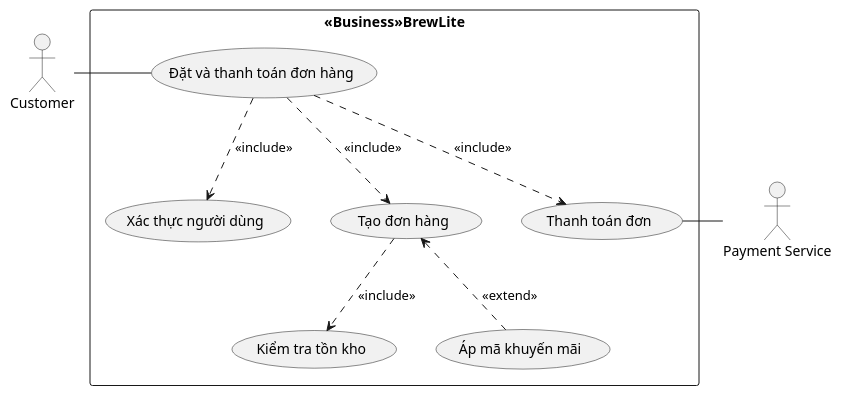
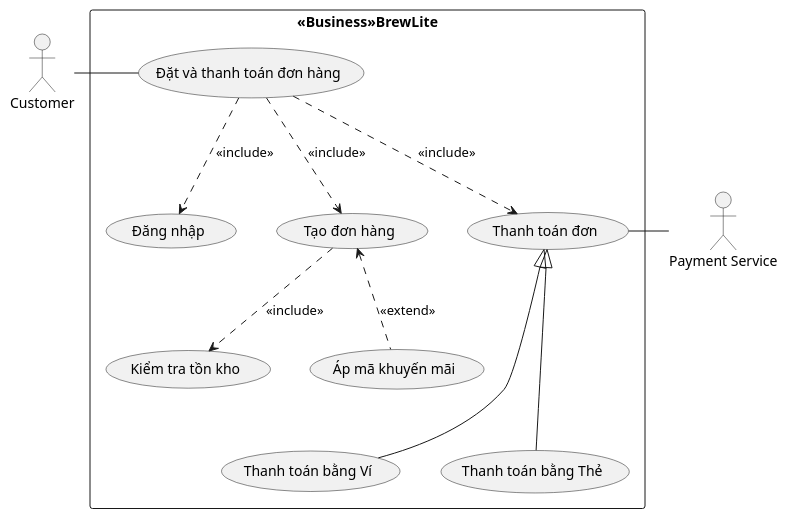
Before and after one commit to synguyen267/brewlite-assignment2: the diagram in docs/diagrams/usecase-checkout.puml, drawn with PlantUML. The commit also changed 5 other files, not shown here.

Commit message:
docs: refine use-case diagrams (split login/register, payment generalization)

```diff
--- a/docs/diagrams/usecase-checkout.puml
+++ b/docs/diagrams/usecase-checkout.puml
@@ -1,28 +1,32 @@
 @startuml usecase-checkout
 top to bottom direction
 skinparam packageStyle rectangle
 skinparam nodesep 40
-skinparam ranksep 50
+skinparam ranksep 60
 
 actor Customer
 actor "Payment Service" as PS
 
 rectangle "<<Business>>BrewLite" {
   usecase "Đặt và thanh toán đơn hàng" as UC04
-  usecase "Xác thực người dùng" as UCA
+  usecase "Đăng nhập" as UCA
   usecase "Tạo đơn hàng" as UCO
   usecase "Thanh toán đơn" as UCP
   usecase "Kiểm tra tồn kho" as UCS
   usecase "Áp mã khuyến mãi" as UCD
+  usecase "Thanh toán bằng Ví" as UCW
+  usecase "Thanh toán bằng Thẻ" as UCC
 }
 
 Customer -right- UC04
 UC04 .down.> UCA : <<include>>
 UC04 .down.> UCO : <<include>>
 UC04 .down.> UCP : <<include>>
 UCA -[hidden]right- UCO
 UCO -[hidden]right- UCP
 UCO .down.> UCS : <<include>>
 UCD .up.> UCO : <<extend>>
+UCW --up-|> UCP
+UCC --up-|> UCP
 UCP -right- PS
 @enduml
```
